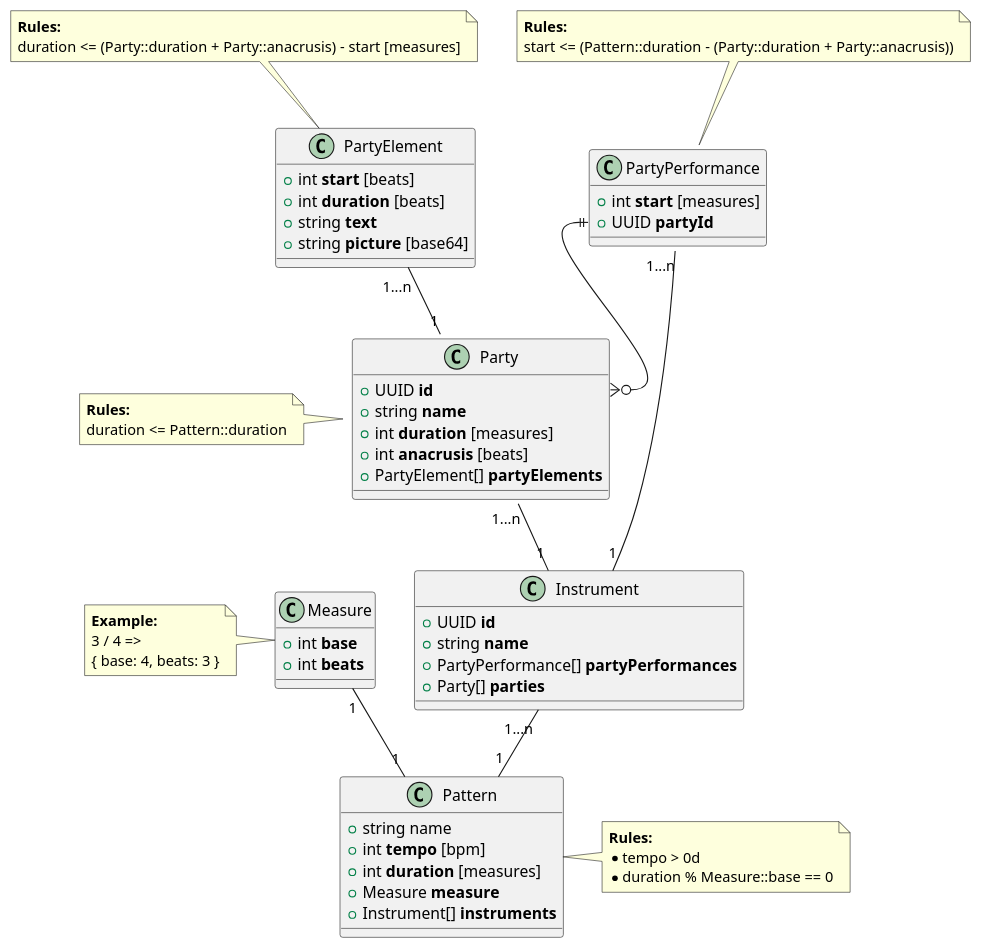
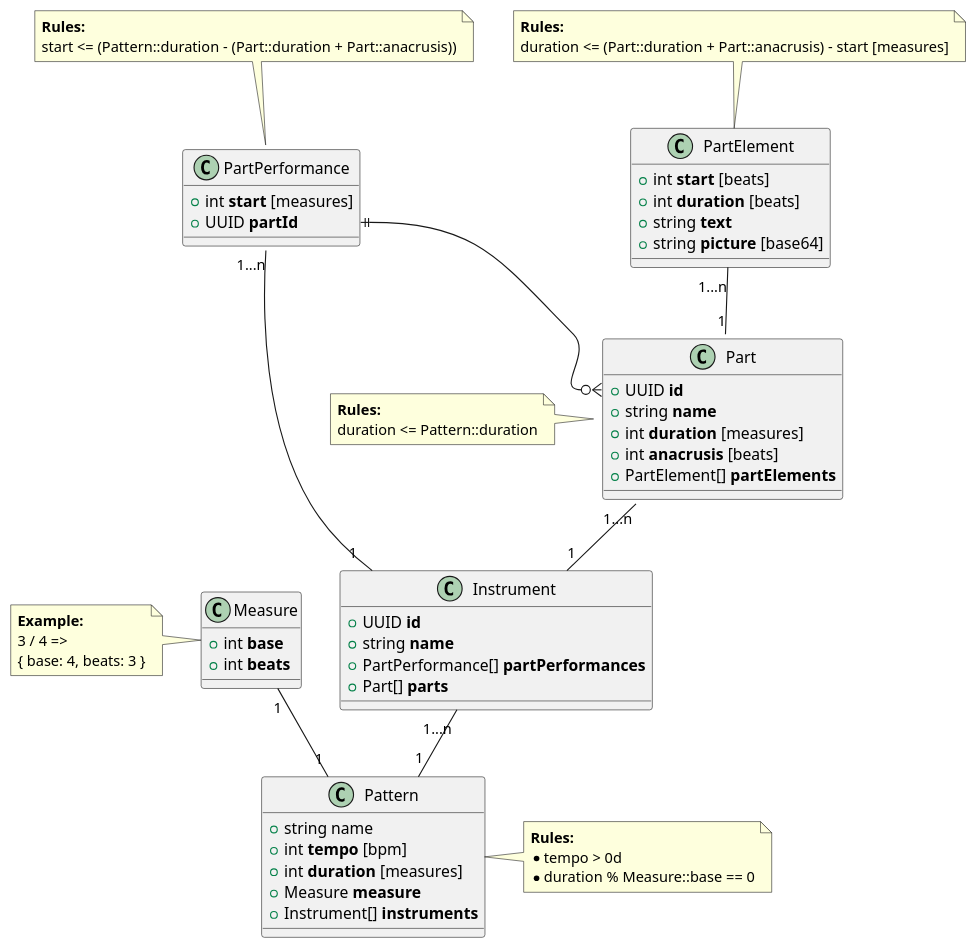
The diagram in doc/pattern.puml (bcemehob/kapellmeister), drawn with PlantUML before and after one commit. The commit also changed 1 other file, not shown here.

```diff
--- a/doc/pattern.puml
+++ b/doc/pattern.puml
@@ -1,77 +1,77 @@
 @startuml
 
 class Pattern {
     + string name
     + int <b>tempo</b> [bpm]
     + int <b>duration</b> [measures]
     + Measure <b>measure
     + Instrument[] <b>instruments
 }
 
 note right {
 <b>Rules:
 * tempo > 0d
 * duration % Measure::base == 0
 }
 
 class Measure {
     + int <b>base
     + int <b>beats
 }
 
 note left {
 <b>Example:
 3 / 4 =>
 { base: 4, beats: 3 }
 }
 
 class Instrument {
     + UUID <b>id
     + string <b>name
-    + PartyPerformance[] <b>partyPerformances
-    + Party[] <b>parties
+    + PartPerformance[] <b>partPerformances
+    + Part[] <b>parts
 }
 
-class Party {
+class Part {
     + UUID <b>id
     + string <b>name
     + int <b>duration</b> [measures]
     + int <b>anacrusis</b> [beats]
-    + PartyElement[] <b>partyElements
+    + PartElement[] <b>partElements
 }
 
 note left {
     <b>Rules:
     duration <= Pattern::duration
 }
 
-class PartyPerformance {
+class PartPerformance {
     + int <b>start</b> [measures]
-    + UUID <b>partyId
+    + UUID <b>partId
 }
 
 note top {
     <b>Rules:
-    start <= (Pattern::duration - (Party::duration + Party::anacrusis))
+    start <= (Pattern::duration - (Part::duration + Part::anacrusis))
 }
 
-class PartyElement {
+class PartElement {
     + int <b>start</b> [beats]
     + int <b>duration</b> [beats]
     + string <b>text</b>
     + string <b>picture</b> [base64]
 }
 
 note top {
     <b>Rules:
-    duration <= (Party::duration + Party::anacrusis) - start [measures]
+    duration <= (Part::duration + Part::anacrusis) - start [measures]
 }
 
 Measure "1" -- "1" Pattern
 Instrument "1...n" -- "1" Pattern
-Party "1...n" -- "1" Instrument
-PartyElement "1...n" -- "1" Party
-PartyPerformance "1...n" -- "1" Instrument
-PartyPerformance::partyId ||--o{  Party::id
+Part "1...n" -- "1" Instrument
+PartElement "1...n" -- "1" Part
+PartPerformance "1...n" -- "1" Instrument
+PartPerformance::partId ||--o{  Part::id
 
 @enduml
```
